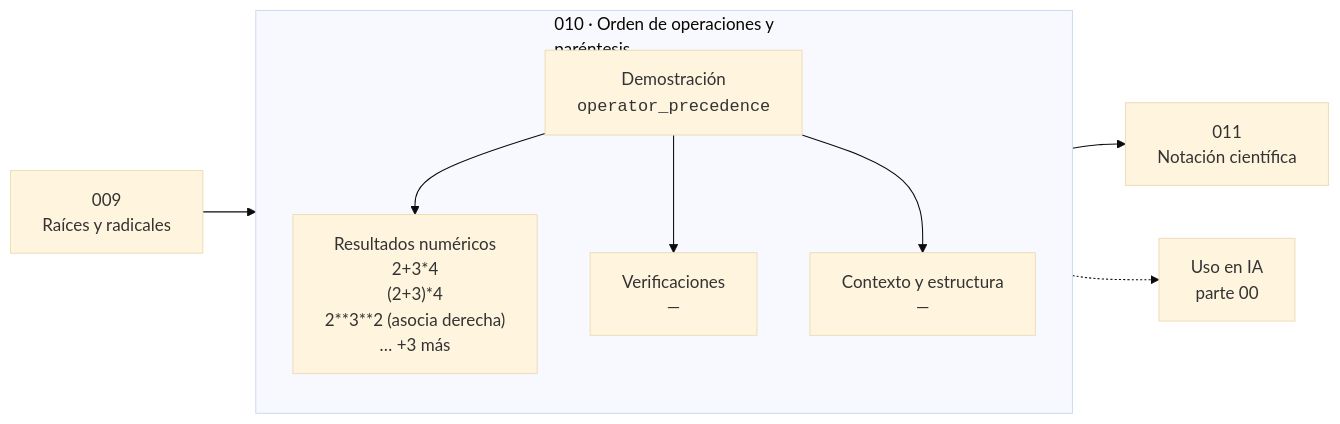
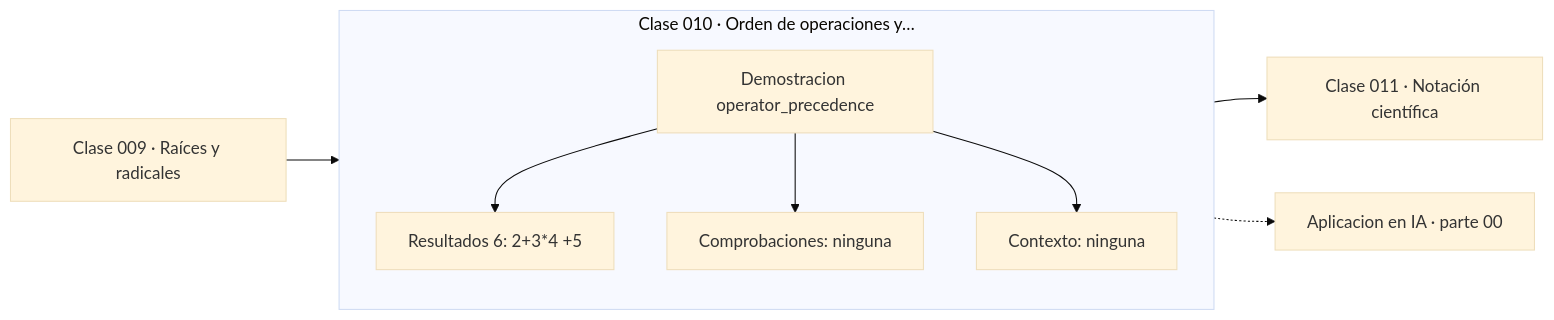
Before and after one commit to vladimiracunadev-create/computational-mathematics-program: the diagram in classes/part-00-pensamiento-matematico-desde-cero/010-orden-de-operaciones-y-parentesis/README.md, drawn with Mermaid (base theme). The commit also changed 389 other files, not shown here.

First line of the commit message:
fix(diagramas): elimina el HTML de las etiquetas Mermaid

````diff
--- a/classes/part-00-pensamiento-matematico-desde-cero/010-orden-de-operaciones-y-parentesis/README.md
+++ b/classes/part-00-pensamiento-matematico-desde-cero/010-orden-de-operaciones-y-parentesis/README.md
@@ -36,12 +36,13 @@
 ```mermaid
 flowchart LR
-    P["009<br/>Raíces y radicales"] --> C
-    subgraph C["010 · Orden de operaciones y<br/>paréntesis"]
+    P["Clase 009 · Raíces y radicales"] --> D
+    subgraph CLASE["Clase 010 · Orden de operaciones y…"]
         direction TB
-        D["Demostración<br/><code>operator_precedence</code>"] --> R["Resultados numéricos<br/>2+3*4<br/>(2+3)*4<br/>2**3**2 (asocia derecha)<br/>… +3 más"]
-        D --> V["Verificaciones<br/>—"]
-        D --> O["Contexto y estructura<br/>—"]
+        D["Demostracion operator_precedence"]
+        D --> R["Resultados 6: 2+3*4 +5"]
+        D --> V["Comprobaciones: ninguna"]
+        D --> O["Contexto: ninguna"]
     end
-    C --> N["011<br/>Notación científica"]
-    C -.-> IA["Uso en IA<br/>parte 00"]
+    R --> N["Clase 011 · Notación científica"]
+    V -.-> IA["Aplicacion en IA · parte 00"]
 ```
````
